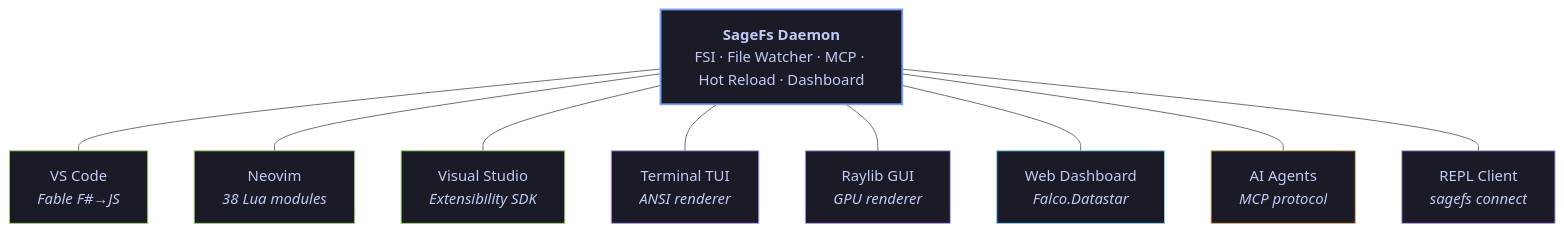
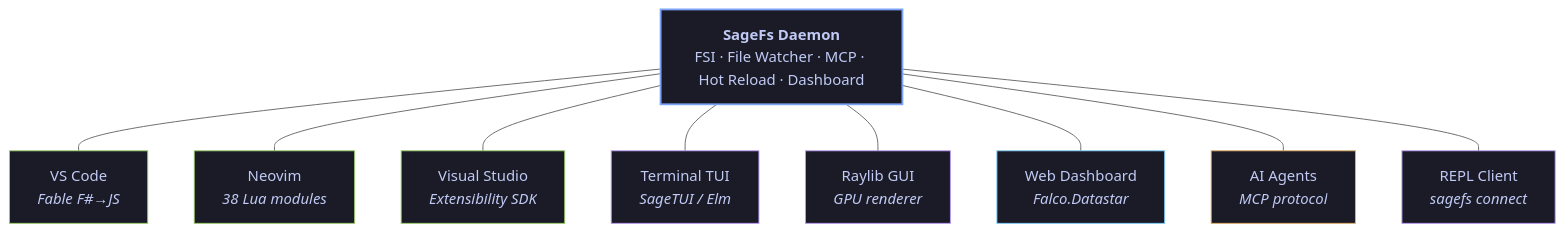
The first of 2 diagrams in Readme.md (WillEhrendreich/SageFs), drawn with Mermaid (neutral theme) before and after one commit. The commit also changed other lines of this file and 8 other files, not shown here.

First line of the commit message:
docs: update all documentation for SageTUI migration

````diff
--- a/Readme.md
+++ b/Readme.md
@@ -152,23 +152,23 @@
 ```mermaid
 graph TB
     D["<b>SageFs Daemon</b><br/>FSI · File Watcher · MCP · Hot Reload · Dashboard"]
 
     D --- VS["VS Code<br/><i>Fable F#→JS</i>"]
     D --- NV["Neovim<br/><i>38 Lua modules</i>"]
     D --- VI["Visual Studio<br/><i>Extensibility SDK</i>"]
-    D --- TU["Terminal TUI<br/><i>ANSI renderer</i>"]
+    D --- TU["Terminal TUI<br/><i>SageTUI / Elm</i>"]
     D --- GU["Raylib GUI<br/><i>GPU renderer</i>"]
     D --- WB["Web Dashboard<br/><i>Falco.Datastar</i>"]
     D --- AI["AI Agents<br/><i>MCP protocol</i>"]
     D --- RP["REPL Client<br/><i>sagefs connect</i>"]
 
     style D fill:#1a1b26,stroke:#7aa2f7,stroke-width:2px,color:#c0caf5
     style VS fill:#1a1b26,stroke:#9ece6a,color:#c0caf5
     style NV fill:#1a1b26,stroke:#9ece6a,color:#c0caf5
     style VI fill:#1a1b26,stroke:#9ece6a,color:#c0caf5
     style TU fill:#1a1b26,stroke:#bb9af7,color:#c0caf5
     style GU fill:#1a1b26,stroke:#bb9af7,color:#c0caf5
     style WB fill:#1a1b26,stroke:#7dcfff,color:#c0caf5
     style AI fill:#1a1b26,stroke:#e0af68,color:#c0caf5
     style RP fill:#1a1b26,stroke:#bb9af7,color:#c0caf5
 ```
````
